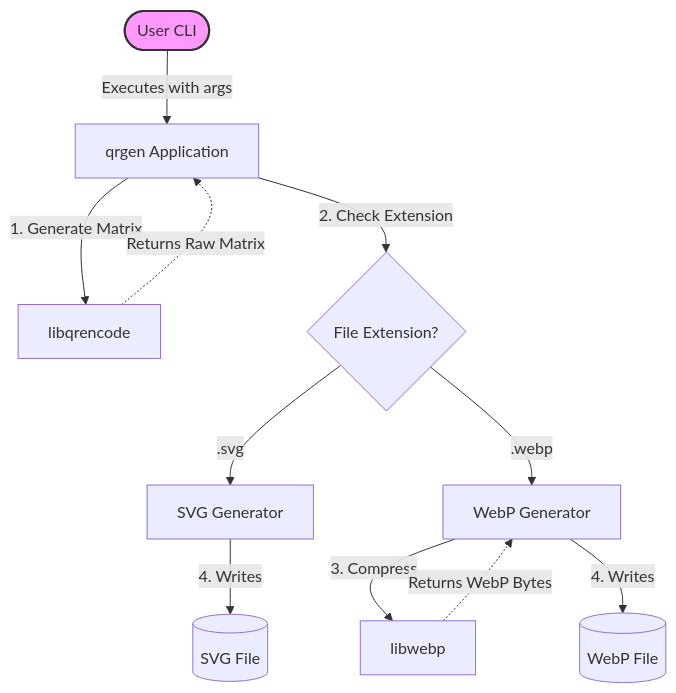
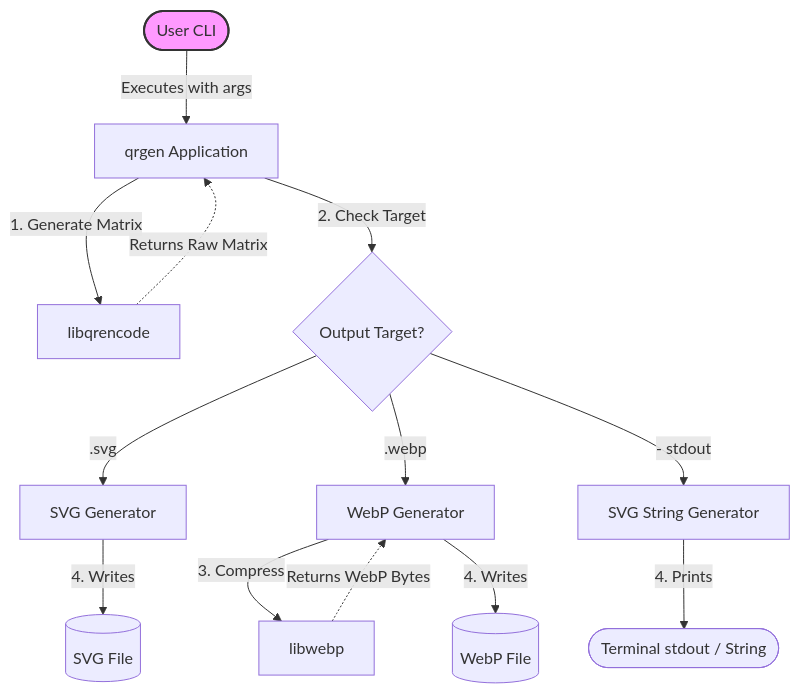
The diagram in README.md (Zheng-Bote/qr_generator), drawn with Mermaid before and after one commit. The commit also changed other lines of this file and 3 other files, not shown here.

Commit message:
feat: adding svg to std::out upd: updating README.md

````diff
--- a/README.md
+++ b/README.md
@@ -151,18 +200,20 @@
 ```mermaid
 graph TD
     User([User CLI]) -->|Executes with args| Core[qrgen Application]
     Core -->|1. Generate Matrix| QR[libqrencode]
     QR -.->|Returns Raw Matrix| Core
-    Core -->|2. Check Extension| Router{File Extension?}
+    Core -->|2. Check Target| Router{Output Target?}
 
     Router -->|.svg| SVGGen[SVG Generator]
     Router -->|.webp| WebPGen[WebP Generator]
+    Router -->|- stdout| SVGStrGen[SVG String Generator]
 
     WebPGen -->|3. Compress| LibWebP[libwebp]
     LibWebP -.->|Returns WebP Bytes| WebPGen
 
     SVGGen -->|4. Writes| FileSVG[(SVG File)]
     WebPGen -->|4. Writes| FileWebP[(WebP File)]
+    SVGStrGen -->|4. Prints| StdOut([Terminal stdout / String])
 
     style User fill:#f9f,stroke:#333,stroke-width:2px
 ```
````
